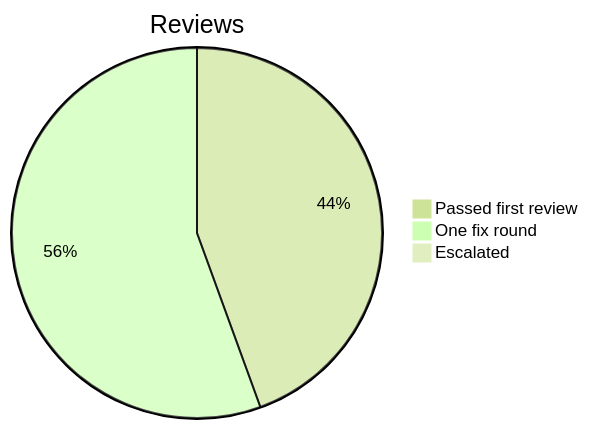
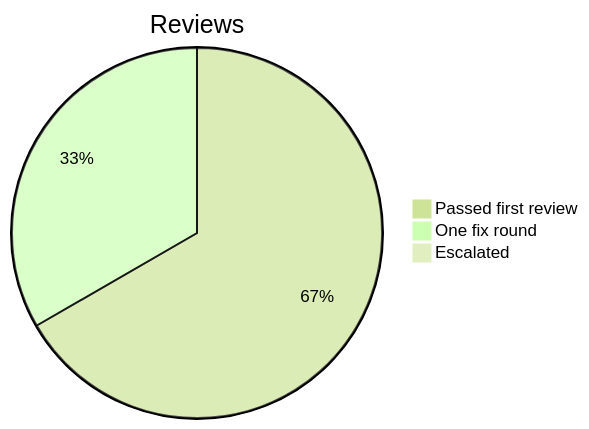
The fifth of 5 diagrams in scripts/retro/test/fixtures/m1-golden.md (jfvorwald/taskville), drawn with Mermaid (forest theme) before and after one commit. The commit also changed other lines of this file and 8 other files, not shown here.

````diff
--- a/scripts/retro/test/fixtures/m1-golden.md
+++ b/scripts/retro/test/fixtures/m1-golden.md
@@ -76,6 +76,6 @@
 ```mermaid
 pie title Reviews
   "Passed first review" : 4
-  "One fix round" : 5
+  "One fix round" : 2
   "Escalated" : 0
 ```
````
